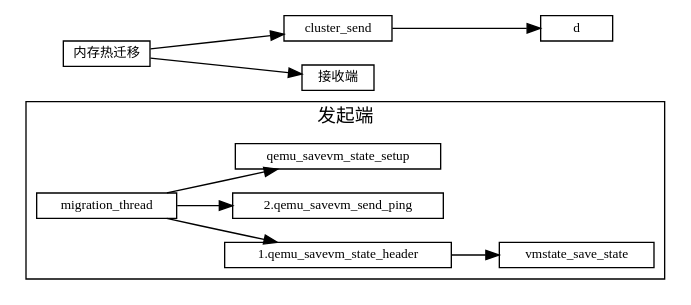
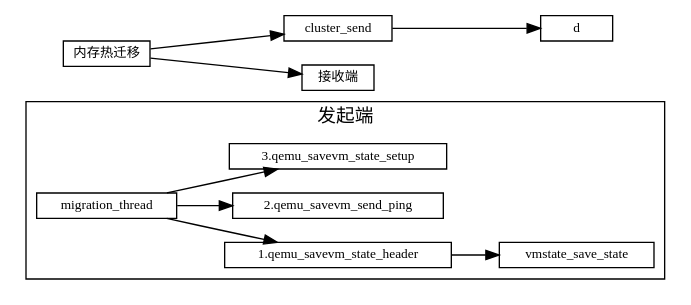
One commit to sisyphus1212/note changed the diagram in 虚拟化/热迁移/1-内存热迁移.md. Above: the diagram before and after it, drawn with Graphviz.

Commit message:
auto_update

````diff
--- a/虚拟化/热迁移/1-内存热迁移.md
+++ b/虚拟化/热迁移/1-内存热迁移.md
@@ -11,23 +11,23 @@
 ```graphviz
 digraph 热迁移 {
 fontname="Helvetica,Arial,sans-serif"
 //node [fontname="Helvetica,Arial,sans-serif"]
 edge [fontname="Helvetica,Arial,sans-serif"]
 rankdir="LR"
 node [fontsize=10, shape=box, height=0.25]
 edge [fontsize=10]
 
   subgraph cluster_send {
     label="发起端";
     migration_thread -> "1.qemu_savevm_state_header" -> vmstate_save_state;
     migration_thread -> "2.qemu_savevm_send_ping";
-    migration_thread -> qemu_savevm_state_setup;
+    migration_thread -> "3.qemu_savevm_state_setup";
   }
 
 内存热迁移 [label="内存热迁移"]
 内存热迁移 -> cluster_send
            -> d
 
 内存热迁移 -> 接收端
 }
 ```
````
